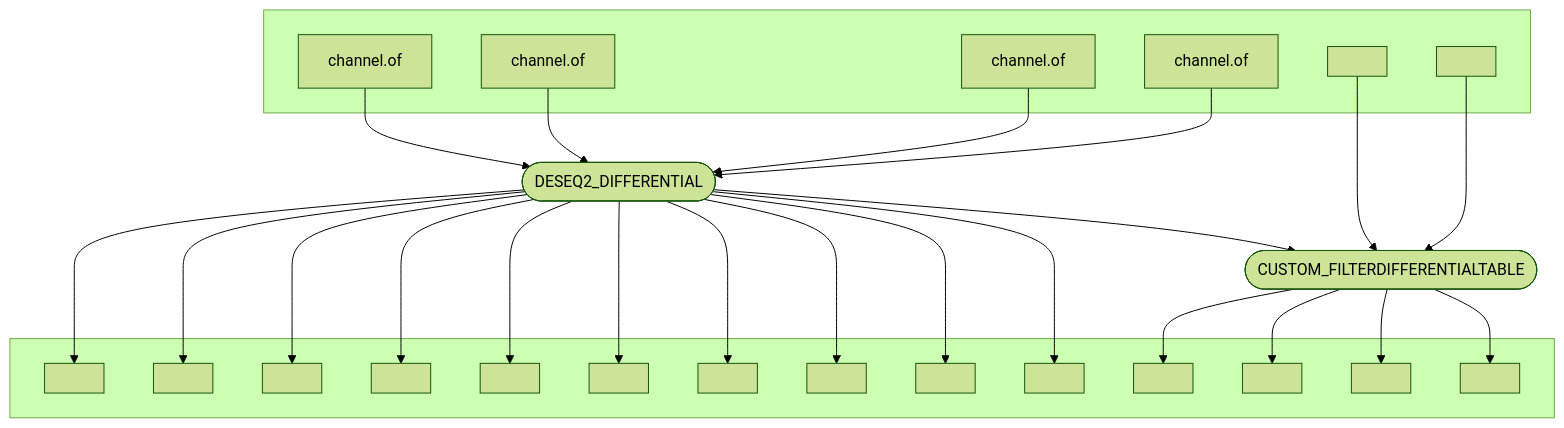
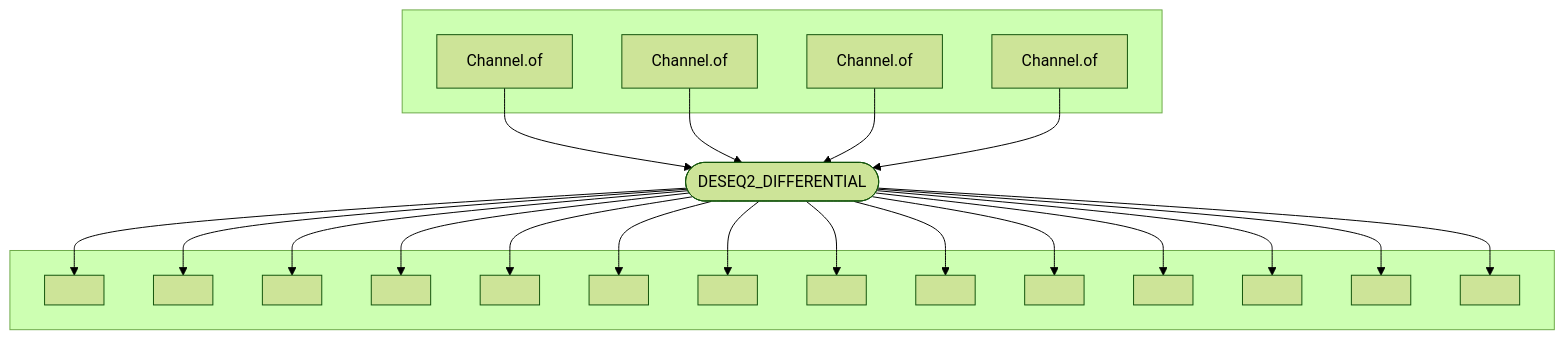
The diagram in resources/wrappers/modules/local/differential-expression/deseq2/wrapper/dag.mmd (dxsbiocc/phi-packages), drawn with Mermaid (forest theme) before and after one commit. The commit also changed 6 other files, not shown here.

```diff
--- a/resources/wrappers/modules/local/differential-expression/deseq2/wrapper/dag.mmd
+++ b/resources/wrappers/modules/local/differential-expression/deseq2/wrapper/dag.mmd
@@ -1,48 +1,42 @@
 flowchart TB
     subgraph " "
-    v0["channel.of"]
-    v1["channel.of"]
-    v2["channel.of"]
-    v3["channel.of"]
-    v15[" "]
-    v16[" "]
+    v0["Channel.of"]
+    v1["Channel.of"]
+    v2["Channel.of"]
+    v3["Channel.of"]
     end
     v4(["DESEQ2_DIFFERENTIAL"])
     subgraph " "
     v5[" "]
     v6[" "]
     v7[" "]
     v8[" "]
     v9[" "]
     v10[" "]
     v11[" "]
     v12[" "]
     v13[" "]
     v14[" "]
+    v15[" "]
+    v16[" "]
+    v17[" "]
     v18[" "]
-    v19[" "]
-    v20[" "]
-    v21[" "]
     end
-    v17(["CUSTOM_FILTERDIFFERENTIALTABLE"])
     v0 --> v4
     v1 --> v4
     v2 --> v4
     v3 --> v4
+    v4 --> v18
     v4 --> v17
+    v4 --> v16
+    v4 --> v15
     v4 --> v14
     v4 --> v13
     v4 --> v12
     v4 --> v11
     v4 --> v10
     v4 --> v9
     v4 --> v8
     v4 --> v7
     v4 --> v6
     v4 --> v5
-    v15 --> v17
-    v16 --> v17
-    v17 --> v21
-    v17 --> v20
-    v17 --> v19
-    v17 --> v18
```
